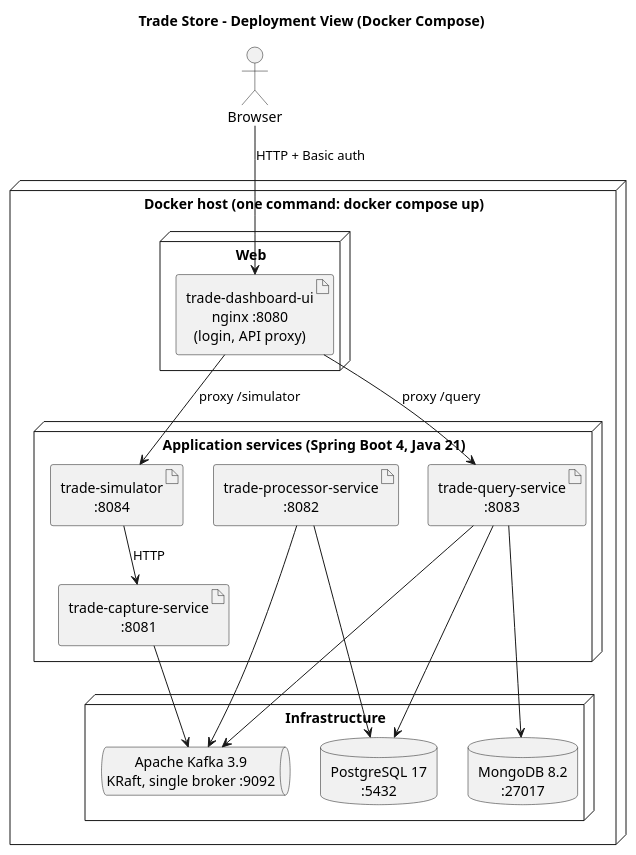
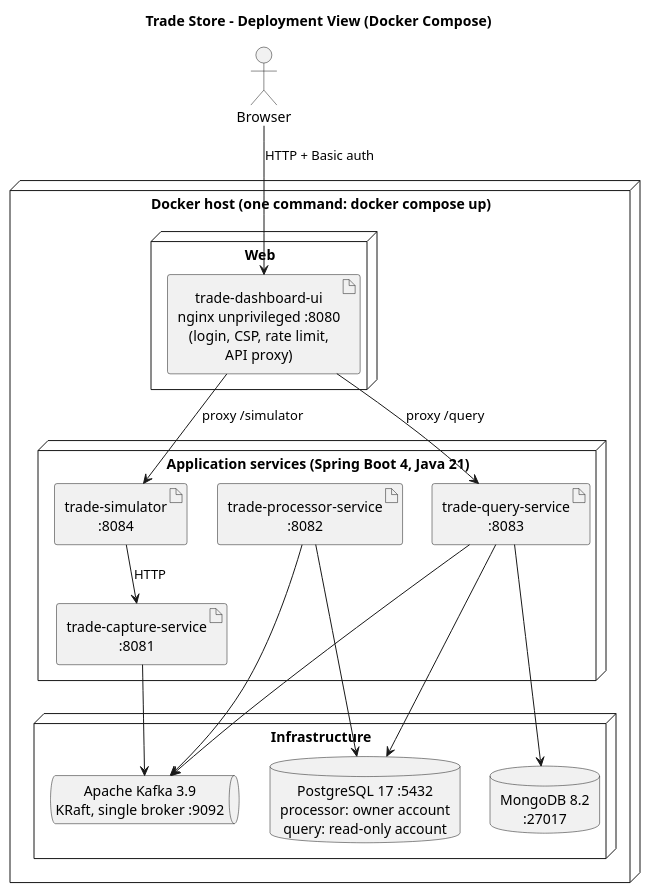
One commit to vijaydixitffis/dws-trade-app changed the diagram in docs/diagrams/deployment.puml. Above: the diagram before and after it, drawn with PlantUML. The commit also changed 19 other files, not shown here.

Commit message:
docs: HLD 1.1 (outbox flows, no-gateway issue, NFRs, recommended design without gateway), README, review status

```diff
--- a/docs/diagrams/deployment.puml
+++ b/docs/diagrams/deployment.puml
@@ -1,37 +1,37 @@
 @startuml deployment
 title Trade Store - Deployment View (Docker Compose)
 skinparam defaultTextAlignment center
 skinparam nodesep 30
 skinparam ranksep 40
 top to bottom direction
 
 actor "Browser" as browser
 
 node "Docker host (one command: docker compose up)" as host {
   node "Web" as web {
-    artifact "trade-dashboard-ui\nnginx :8080\n(login, API proxy)" as ui
+    artifact "trade-dashboard-ui\nnginx unprivileged :8080\n(login, CSP, rate limit,\nAPI proxy)" as ui
   }
   node "Application services (Spring Boot 4, Java 21)" as apps {
     artifact "trade-capture-service\n:8081" as capture
     artifact "trade-processor-service\n:8082" as processor
     artifact "trade-query-service\n:8083" as query
     artifact "trade-simulator\n:8084" as sim
   }
   node "Infrastructure" as infra {
     queue "Apache Kafka 3.9\nKRaft, single broker :9092" as kafka
-    database "PostgreSQL 17\n:5432" as pg
+    database "PostgreSQL 17 :5432\nprocessor: owner account\nquery: read-only account" as pg
     database "MongoDB 8.2\n:27017" as mongo
   }
 }
 
 browser --> ui : HTTP + Basic auth
 ui --> query : proxy /query
 ui --> sim : proxy /simulator
 sim --> capture : HTTP
 capture --> kafka
 processor --> kafka
 query --> kafka
 processor --> pg
 query --> pg
 query --> mongo
 @enduml
```
